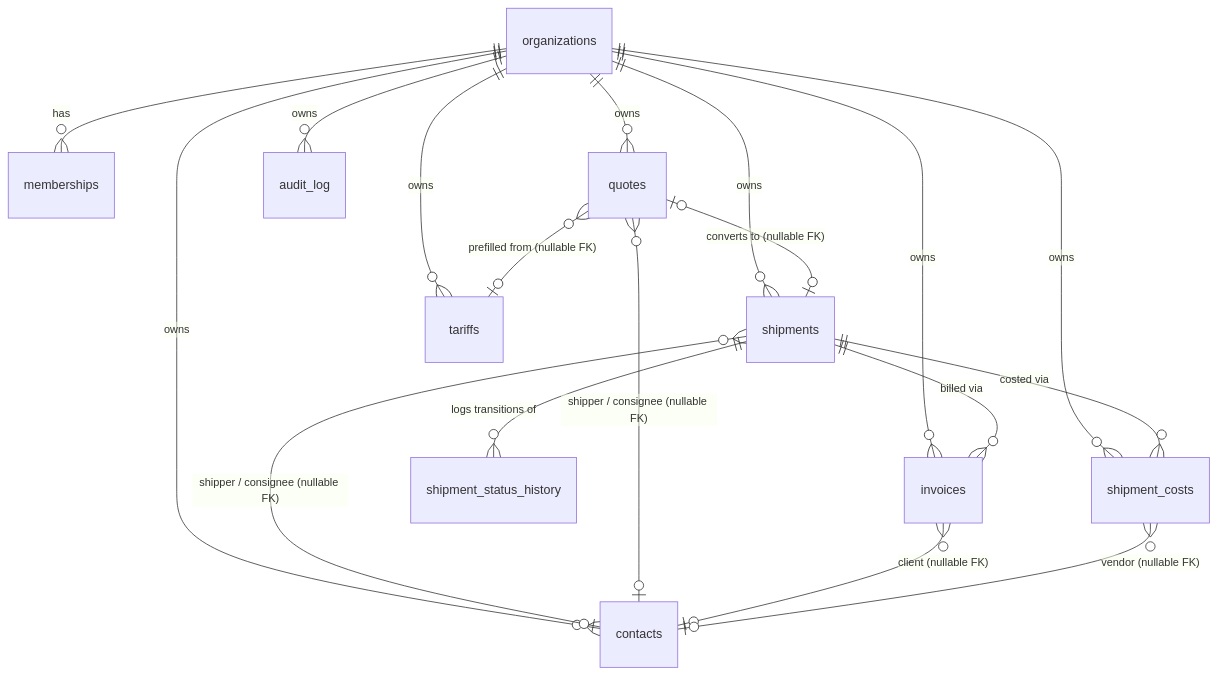
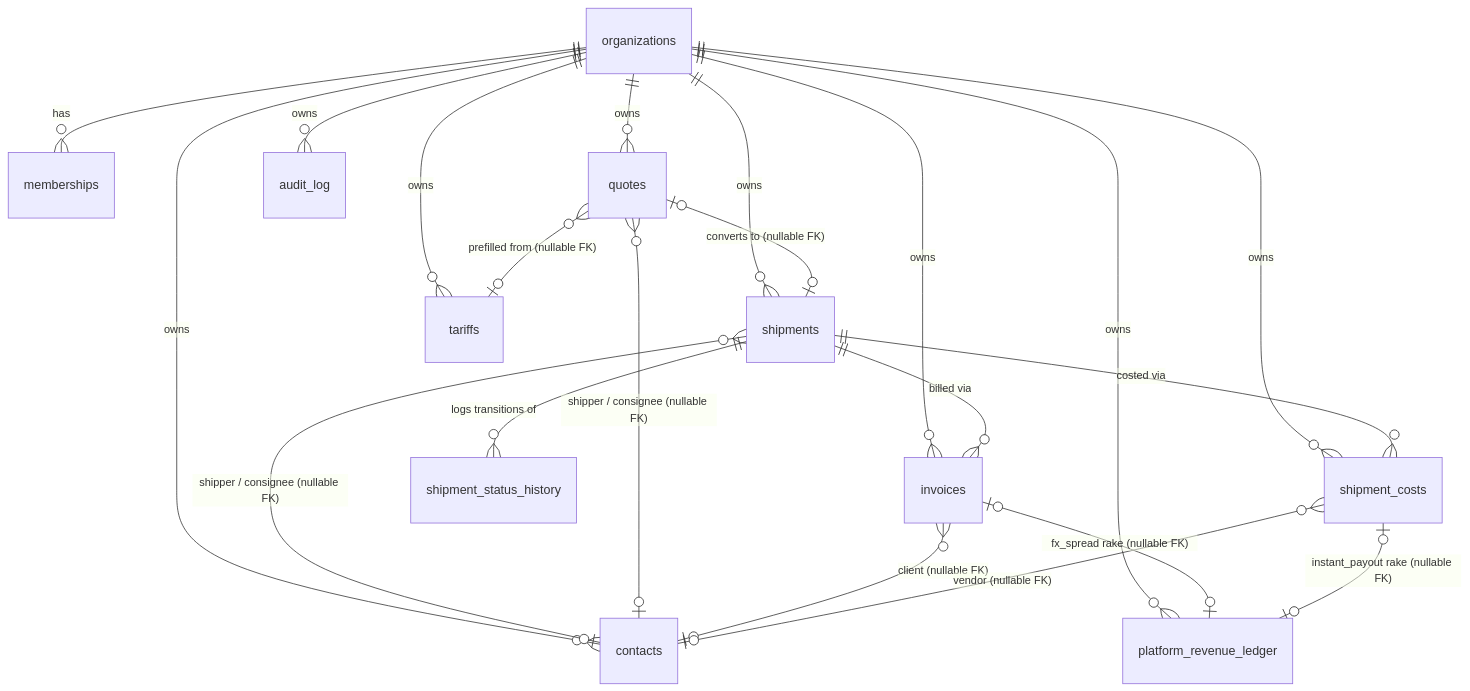
Before and after one commit to venkyi21/sst-freight: the third of 5 diagrams in docs/sdd.md, drawn with Mermaid. The commit also changed other lines of this file and 17 other files, not shown here.

````diff
--- a/docs/sdd.md
+++ b/docs/sdd.md
@@ -65,23 +65,26 @@
 ```mermaid
 erDiagram
   organizations ||--o{ memberships : "has"
   organizations ||--o{ shipments : "owns"
   organizations ||--o{ contacts : "owns"
   organizations ||--o{ tariffs : "owns"
   organizations ||--o{ quotes : "owns"
   organizations ||--o{ invoices : "owns"
   organizations ||--o{ shipment_costs : "owns"
   organizations ||--o{ audit_log : "owns"
+  organizations ||--o{ platform_revenue_ledger : "owns"
 
   shipments ||--o{ shipment_status_history : "logs transitions of"
   shipments ||--o{ invoices : "billed via"
   shipments ||--o{ shipment_costs : "costed via"
   shipments }o--o| contacts : "shipper / consignee (nullable FK)"
 
   quotes }o--o| contacts : "shipper / consignee (nullable FK)"
   quotes }o--o| tariffs : "prefilled from (nullable FK)"
   quotes |o--o| shipments : "converts to (nullable FK)"
 
   invoices }o--o| contacts : "client (nullable FK)"
   shipment_costs }o--o| contacts : "vendor (nullable FK)"
+  invoices |o--o| platform_revenue_ledger : "fx_spread rake (nullable FK)"
+  shipment_costs |o--o| platform_revenue_ledger : "instant_payout rake (nullable FK)"
 ```
````
